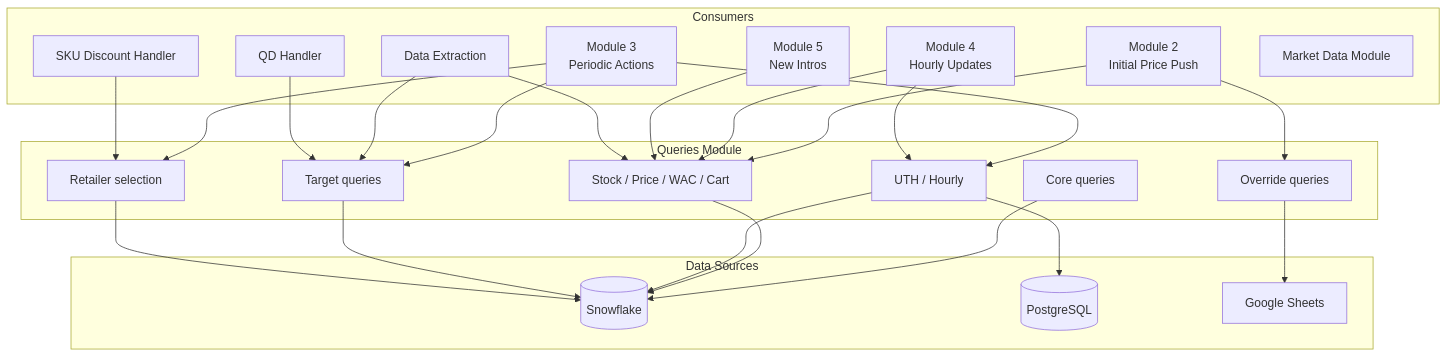
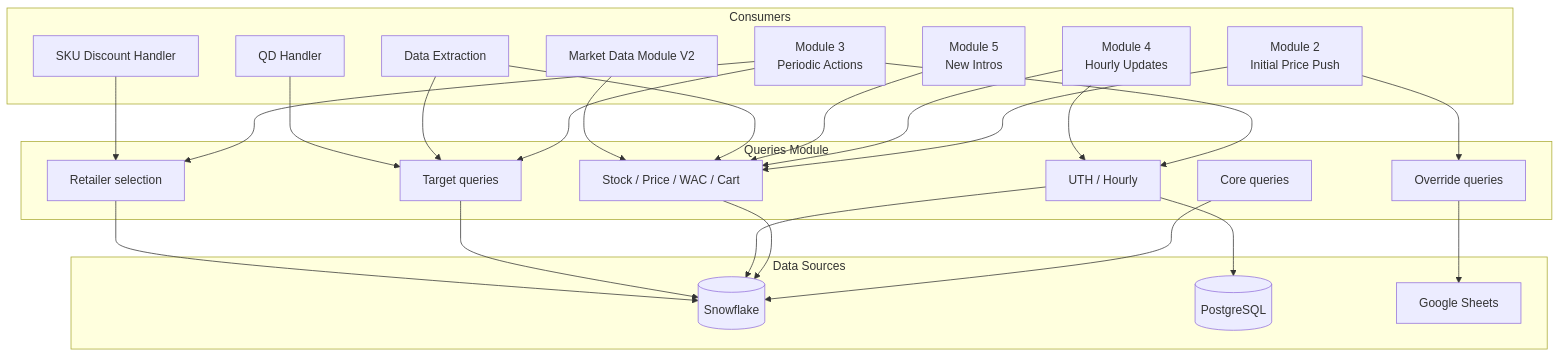
The diagram in docs/queries_module.md (Maxab-Growth/Mustafa), drawn with Mermaid before and after one commit. The commit also changed 9 other files, not shown here.

````diff
--- a/docs/queries_module.md
+++ b/docs/queries_module.md
@@ -11,49 +11,50 @@
 ```mermaid
 flowchart TD
     subgraph Consumers
         M2[Module 2\nInitial Price Push]
         M3[Module 3\nPeriodic Actions]
         M4[Module 4\nHourly Updates]
         M5[Module 5\nNew Intros]
         DE[Data Extraction]
         QD[QD Handler]
         SKU[SKU Discount Handler]
-        MKT[Market Data Module]
+        MKT[Market Data Module V2]
     end
 
     subgraph "Queries Module"
         CORE[Core queries]
         STOCK[Stock / Price / WAC / Cart]
         UTH[UTH / Hourly]
         OVR[Override queries]
         TGT[Target queries]
         RET[Retailer selection]
     end
 
     subgraph "Data Sources"
         SF[(Snowflake)]
         PG[(PostgreSQL)]
         GS[Google Sheets]
     end
 
     M2 --> STOCK
     M2 --> OVR
     M3 --> UTH
     M3 --> TGT
     M3 --> RET
     M4 --> UTH
     M4 --> STOCK
     M5 --> STOCK
     DE --> STOCK
     DE --> TGT
     QD --> TGT
     SKU --> RET
+    MKT --> STOCK
 
     CORE --> SF
     STOCK --> SF
     UTH --> SF
     UTH --> PG
     OVR --> GS
     TGT --> SF
     RET --> SF
 ```
````
